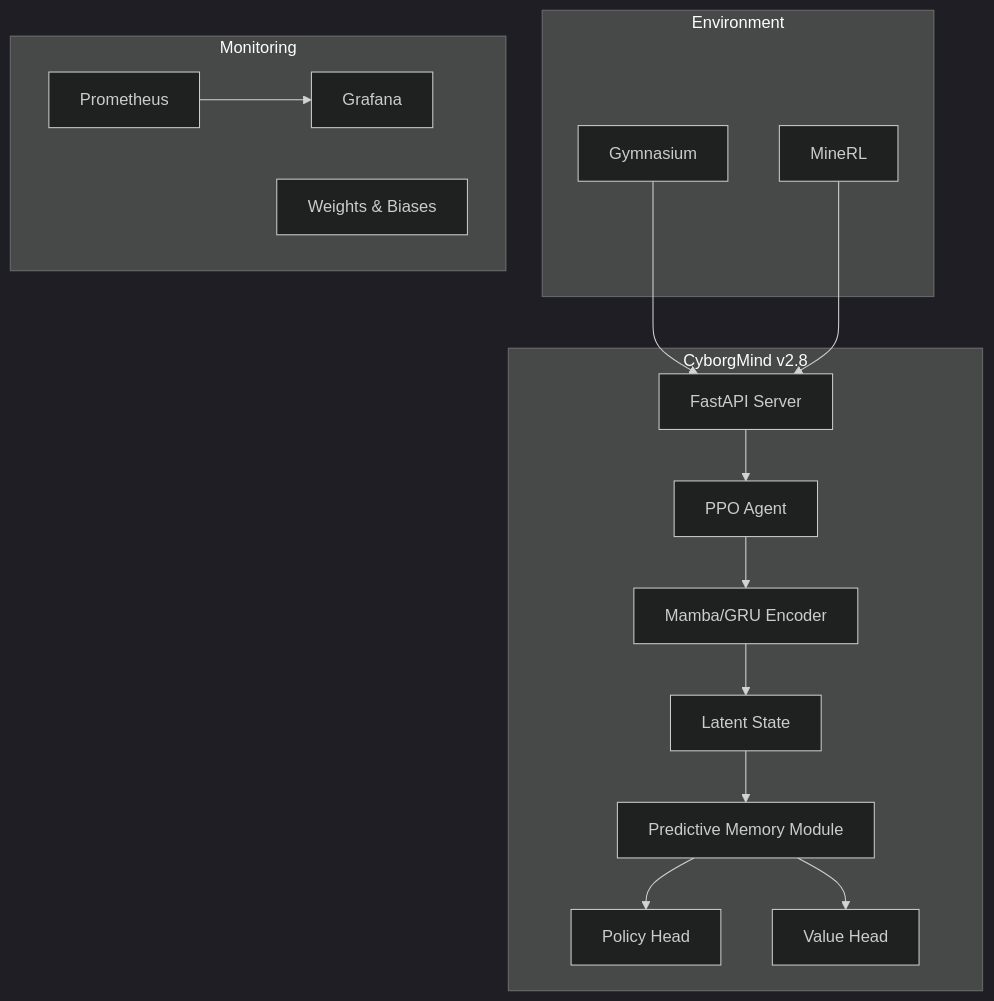
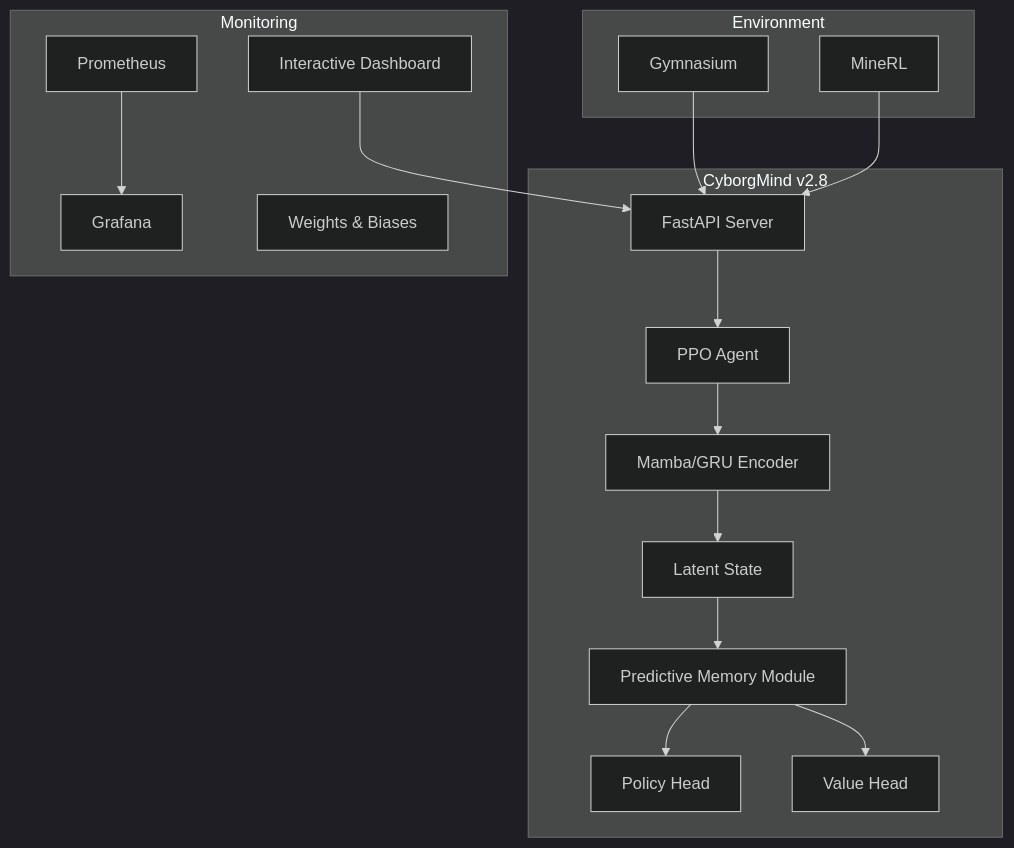
One commit to dawsonblock/cyborg_mind changed the diagram in README.md. Above: the diagram before and after it, drawn with Mermaid (dark theme). The commit also changed other lines of this file and 3 other files, not shown here.

Commit message:
feat: add Streamlit interactive dashboard for real-time monitoring and control

````diff
--- a/README.md
+++ b/README.md
@@ -9,24 +9,26 @@
 ```mermaid
 graph TD
     subgraph "CyborgMind v2.8"
         API[FastAPI Server] --> Brain[PPO Agent]
         Brain --> Encoder[Mamba/GRU Encoder]
         Encoder --> Latent[Latent State]
         Latent --> PMM[Predictive Memory Module]
         PMM --> Policy[Policy Head]
         PMM --> Value[Value Head]
     end
     
     subgraph "Environment"
         Gym[Gymnasium]
         MineRL[MineRL]
     end
     
     subgraph "Monitoring"
         Prometheus --> Grafana
         WandB[Weights & Biases]
+        Streamlit[Interactive Dashboard]
     end
     
     Gym --> API
     MineRL --> API
+    Streamlit --> API
 ```
````
